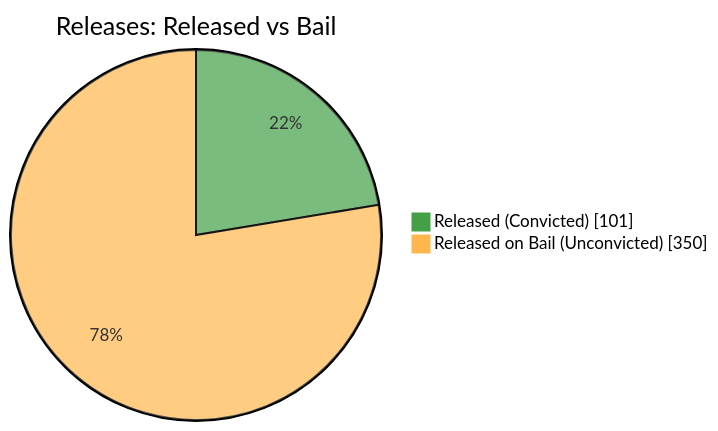
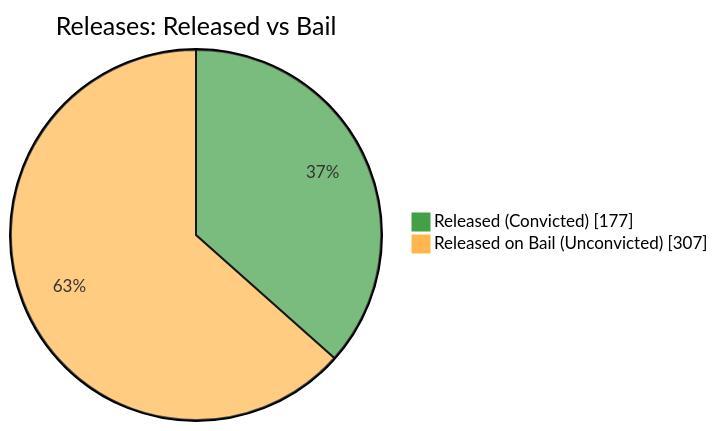
One commit to nuuuwan/lk_prisons changed the fifth of 7 diagrams in README.md. Above: the diagram before and after it, drawn with Mermaid. The commit also changed other lines of this file and 1 other file, not shown here.

````diff
--- a/README.md
+++ b/README.md
@@ -87,6 +87,6 @@
 ```mermaid
 %%{init: {'themeVariables': {'pie1': '#43A047', 'pie2': '#FFB74D'}}}%%
 pie showData title Releases: Released vs Bail
-    "Released (Convicted)" : 101
-    "Released on Bail (Unconvicted)" : 350
+    "Released (Convicted)" : 177
+    "Released on Bail (Unconvicted)" : 307
 ```
````
